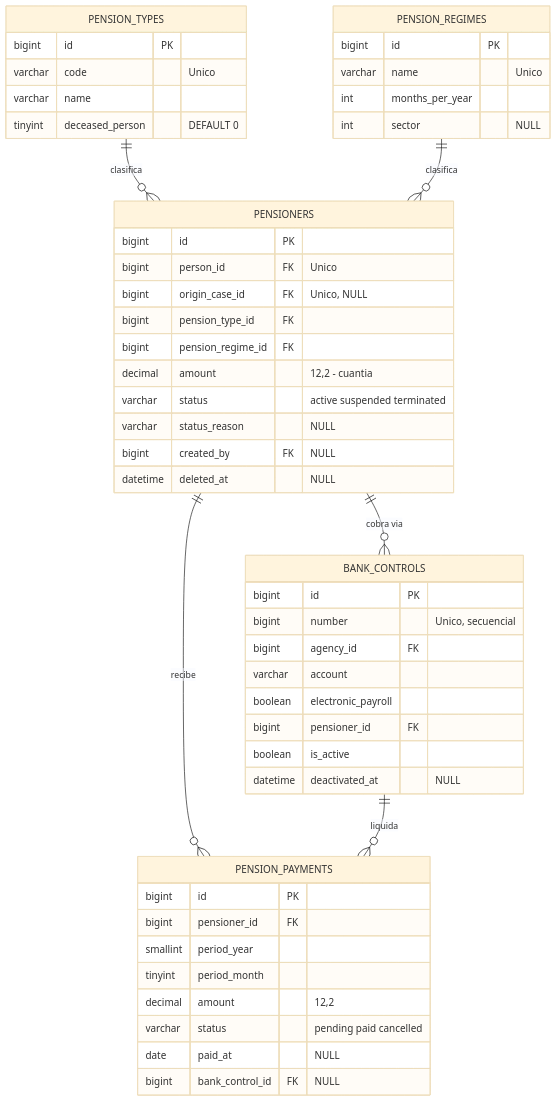
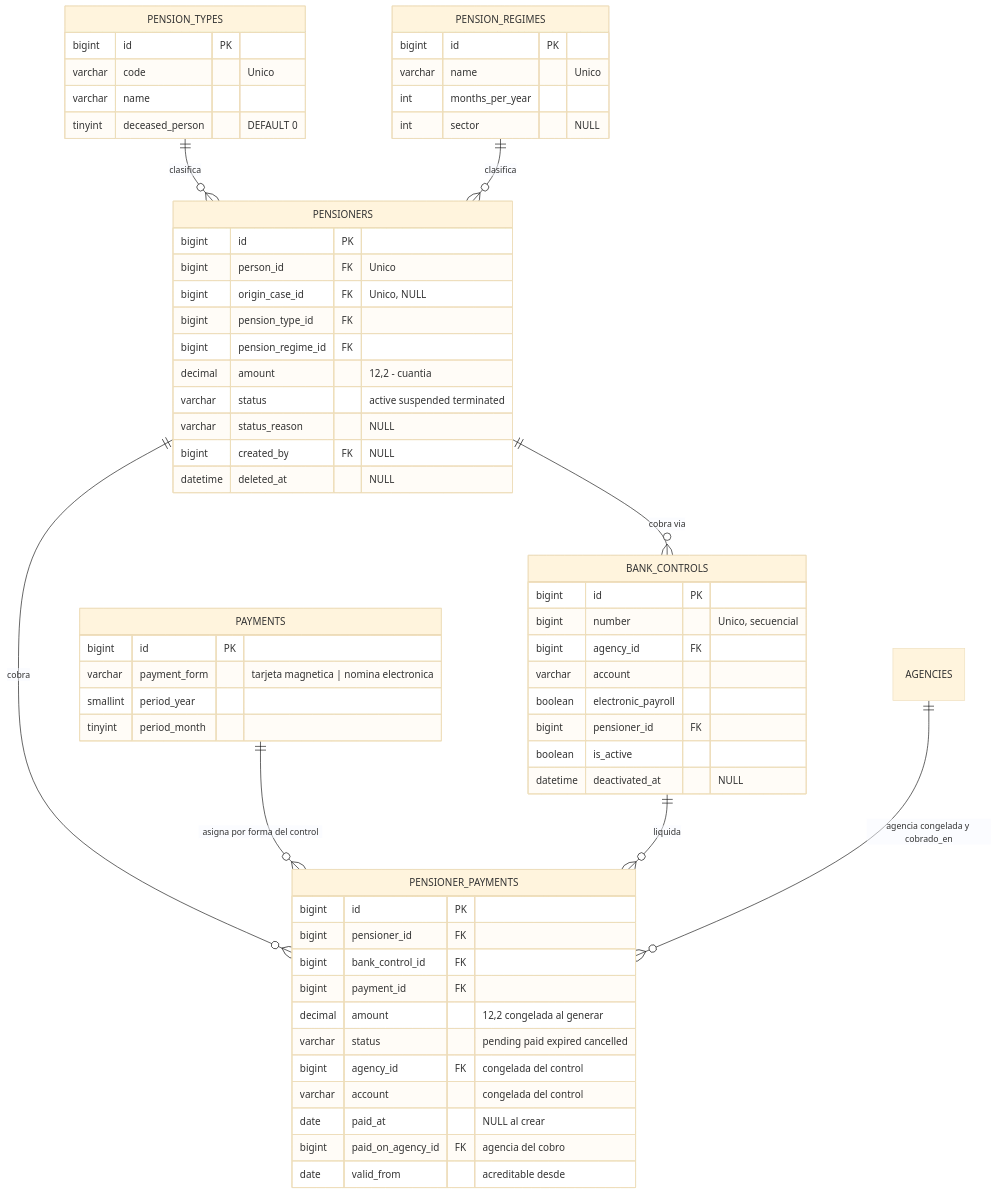
The sixth of 7 diagrams in docs/backend/Modelo de datos.md (keniercb/inass_siss_web), drawn with Mermaid (base theme) before and after one commit. The commit also changed other lines of this file and 4 other files, not shown here.

````diff
--- a/docs/backend/Modelo de datos.md
+++ b/docs/backend/Modelo de datos.md
@@ -373,52 +375,63 @@
 ```mermaid
 erDiagram
     PENSION_TYPES {
         bigint id PK
         varchar code "Unico"
         varchar name
         tinyint deceased_person "DEFAULT 0"
     }
     PENSION_REGIMES {
         bigint id PK
         varchar name "Unico"
         int months_per_year
         int sector "NULL"
     }
     PENSIONERS {
         bigint id PK
         bigint person_id FK "Unico"
         bigint origin_case_id FK "Unico, NULL"
         bigint pension_type_id FK
         bigint pension_regime_id FK
         decimal amount "12,2 - cuantia"
         varchar status "active suspended terminated"
         varchar status_reason "NULL"
         bigint created_by FK "NULL"
         datetime deleted_at "NULL"
     }
     BANK_CONTROLS {
         bigint id PK
         bigint number "Unico, secuencial"
         bigint agency_id FK
         varchar account
         boolean electronic_payroll
         bigint pensioner_id FK
         boolean is_active
         datetime deactivated_at "NULL"
     }
-    PENSION_PAYMENTS {
+    PAYMENTS {
+        bigint id PK
+        varchar payment_form "tarjeta magnetica | nomina electronica"
+        smallint period_year
+        tinyint period_month
+    }
+    PENSIONER_PAYMENTS {
         bigint id PK
         bigint pensioner_id FK
-        smallint period_year
-        tinyint period_month
-        decimal amount "12,2"
-        varchar status "pending paid cancelled"
-        date paid_at "NULL"
-        bigint bank_control_id FK "NULL"
+        bigint bank_control_id FK
+        bigint payment_id FK
+        decimal amount "12,2 congelada al generar"
+        varchar status "pending paid expired cancelled"
+        bigint agency_id FK "congelada del control"
+        varchar account "congelada del control"
+        date paid_at "NULL al crear"
+        bigint paid_on_agency_id FK "agencia del cobro"
+        date valid_from "acreditable desde"
     }
     PENSION_TYPES ||--o{ PENSIONERS : "clasifica"
     PENSION_REGIMES ||--o{ PENSIONERS : "clasifica"
     PENSIONERS ||--o{ BANK_CONTROLS : "cobra via"
-    PENSIONERS ||--o{ PENSION_PAYMENTS : "recibe"
-    BANK_CONTROLS ||--o{ PENSION_PAYMENTS : "liquida"
+    PENSIONERS ||--o{ PENSIONER_PAYMENTS : "cobra"
+    PAYMENTS ||--o{ PENSIONER_PAYMENTS : "asigna por forma del control"
+    BANK_CONTROLS ||--o{ PENSIONER_PAYMENTS : "liquida"
+    AGENCIES ||--o{ PENSIONER_PAYMENTS : "agencia congelada y cobrado_en"
 ```
````
